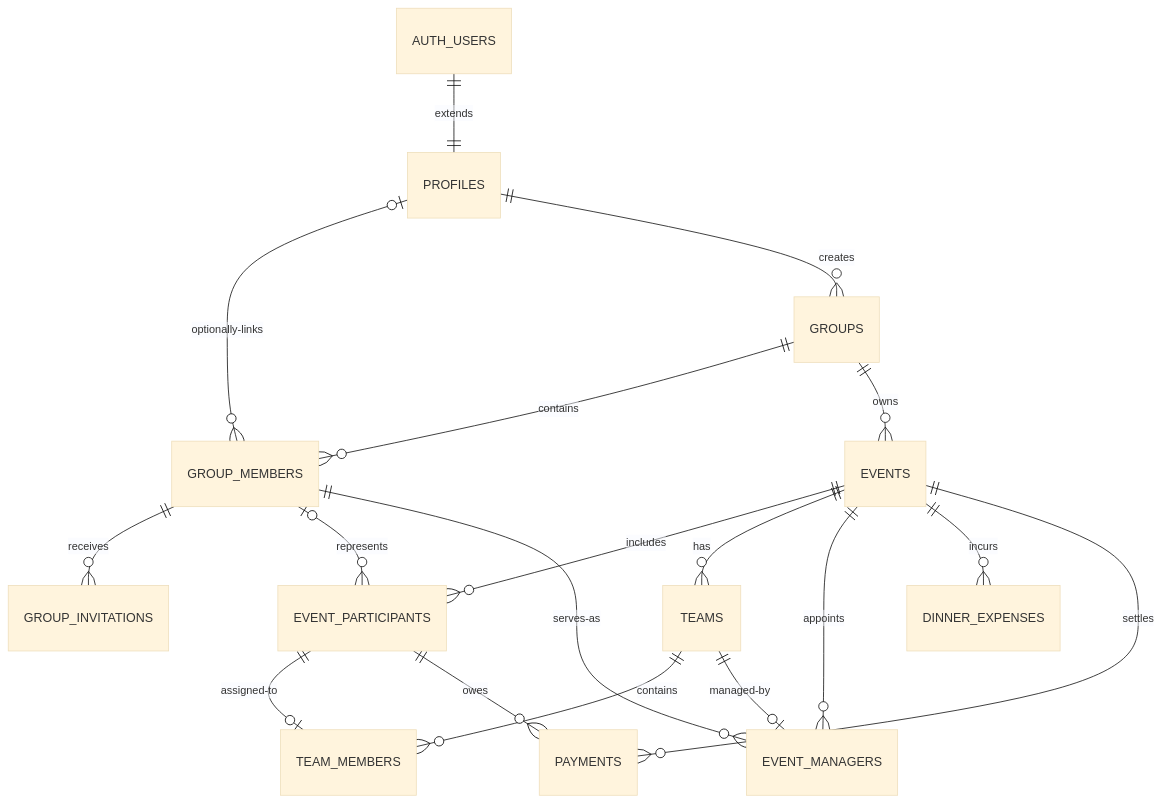
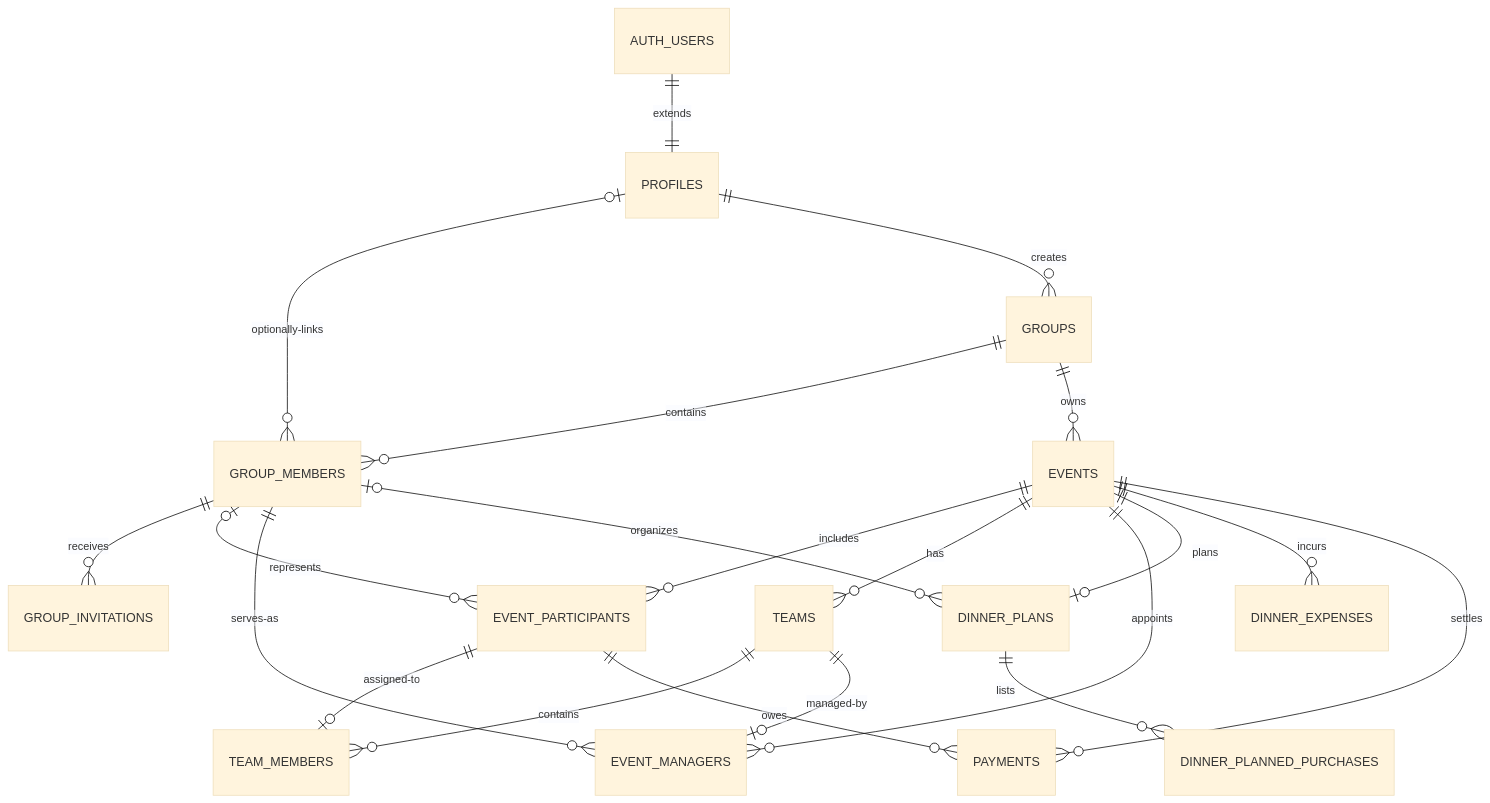
Before and after one commit to Gonza-Herrera/miercoles-fc: the diagram in docs/database.md, drawn with Mermaid (base theme). The commit also changed other lines of this file and 18 other files, not shown here.

````diff
--- a/docs/database.md
+++ b/docs/database.md
@@ -15,20 +15,23 @@
 ```mermaid
 erDiagram
   AUTH_USERS ||--|| PROFILES : extends
   PROFILES o|--o{ GROUP_MEMBERS : optionally-links
   PROFILES ||--o{ GROUPS : creates
   GROUPS ||--o{ GROUP_MEMBERS : contains
   GROUP_MEMBERS ||--o{ GROUP_INVITATIONS : receives
   GROUPS ||--o{ EVENTS : owns
   EVENTS ||--o{ EVENT_PARTICIPANTS : includes
   GROUP_MEMBERS o|--o{ EVENT_PARTICIPANTS : represents
   EVENTS ||--o{ TEAMS : has
   TEAMS ||--o{ TEAM_MEMBERS : contains
   EVENT_PARTICIPANTS ||--o| TEAM_MEMBERS : assigned-to
   EVENTS ||--o{ EVENT_MANAGERS : appoints
   TEAMS ||--o| EVENT_MANAGERS : managed-by
   GROUP_MEMBERS ||--o{ EVENT_MANAGERS : serves-as
+  EVENTS ||--o| DINNER_PLANS : plans
+  DINNER_PLANS ||--o{ DINNER_PLANNED_PURCHASES : lists
+  GROUP_MEMBERS o|--o{ DINNER_PLANS : organizes
   EVENTS ||--o{ DINNER_EXPENSES : incurs
   EVENTS ||--o{ PAYMENTS : settles
   EVENT_PARTICIPANTS ||--o{ PAYMENTS : owes
 ```
````
